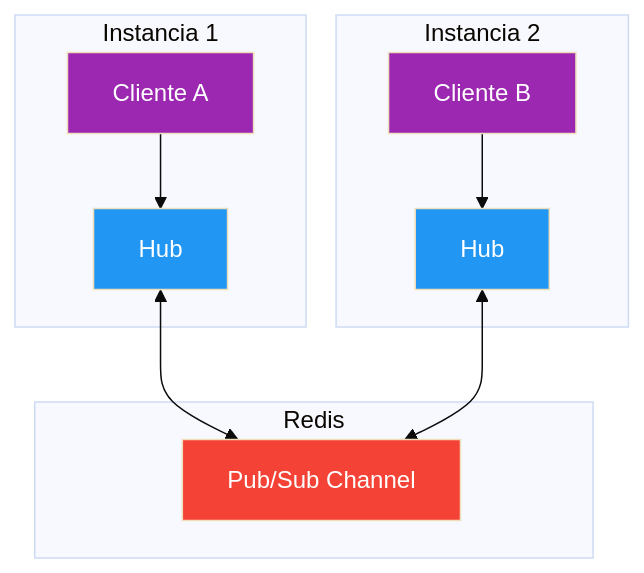
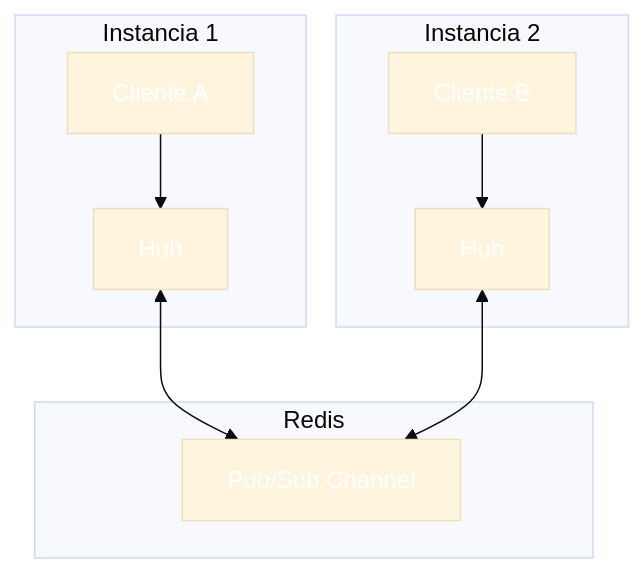
One commit to joseluisgs/DesarrolloWebEntornosServidor-02-2026-2027 changed the third of 4 diagrams in 18-websockets-signalr.md. Above: the diagram before and after it, drawn with Mermaid (base theme). The commit also changed other lines of this file and 41 other files, not shown here.

````diff
--- a/18-websockets-signalr.md
+++ b/18-websockets-signalr.md
@@ -908,23 +908,23 @@
 ```mermaid
 flowchart TB
     subgraph "Instancia 1"
         A1["Cliente A"] --> A2["Hub"]
     end
 
     subgraph "Instancia 2"
         B1["Cliente B"] --> B2["Hub"]
     end
 
     subgraph "Redis"
         R1["Pub/Sub Channel"]
     end
 
     A2 <--> R1
     B2 <--> R1
 
-    style A1 fill:#9C27B0,color:#fff
-    style A2 fill:#2196F3,color:#fff
-    style B1 fill:#9C27B0,color:#fff
-    style B2 fill:#2196F3,color:#fff
-    style R1 fill:#f44336,color:#fff
+    style A1 fill:#9C27B,color:#fff0,color:#fff
+    style A2 fill:#2196F,color:#fff3,color:#fff
+    style B1 fill:#9C27B,color:#fff0,color:#fff
+    style B2 fill:#2196F,color:#fff3,color:#fff
+    style R1 fill:#f4433,color:#fff6,color:#fff
 ```
````
